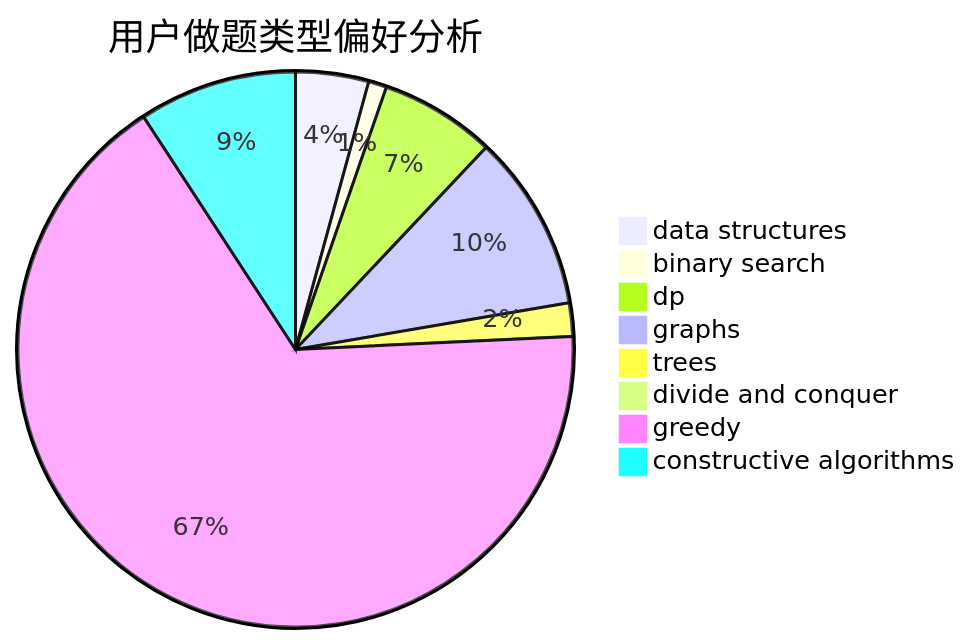
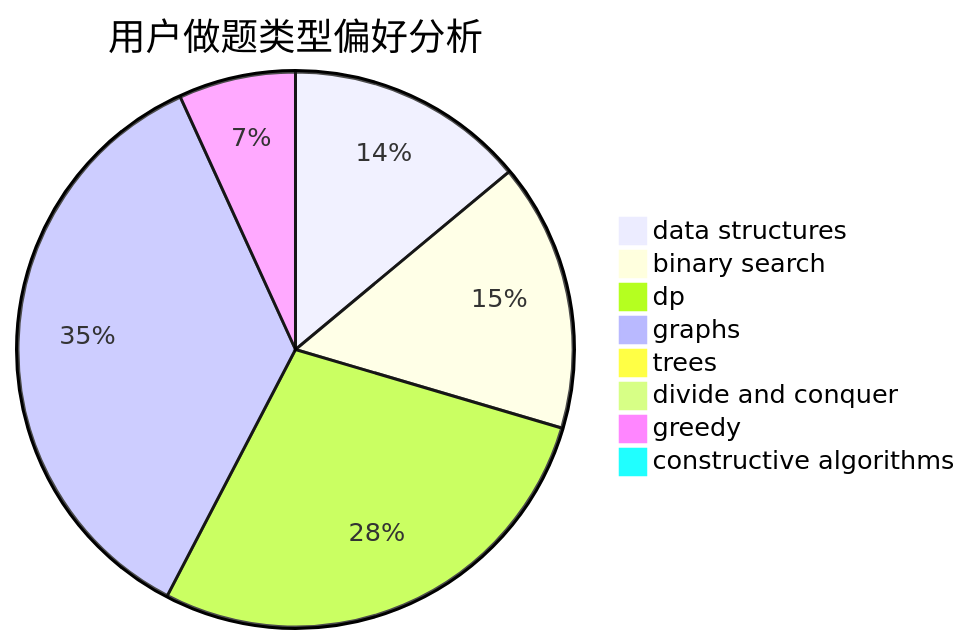
Before and after one commit to sherpahu/cfrs.github.io: the second of 3 diagrams in docs/user/u2011.md, drawn with Mermaid. The commit also changed other lines of this file and 2770 other files, not shown here.

````diff
--- a/docs/user/u2011.md
+++ b/docs/user/u2011.md
@@ -23,11 +23,11 @@
 ```mermaid
 pie title 用户做题类型偏好分析
-    "data structures" :  24
-    "binary search" :  6
-    "dp" :  38
-    "graphs" :  58
-    "trees" :  11
-    "divide and conquer" :  0
-    "greedy" :  376
-    "constructive algorithms" :  52
+    "data structures" :  84
+    "binary search" :  94
+    "dp" :  169
+    "graphs" :  214
+    "trees" :  0
+    "divide and conquer" :  6
+    "greedy" :  41
+    "constructive algorithms" :  2
 ```
````
